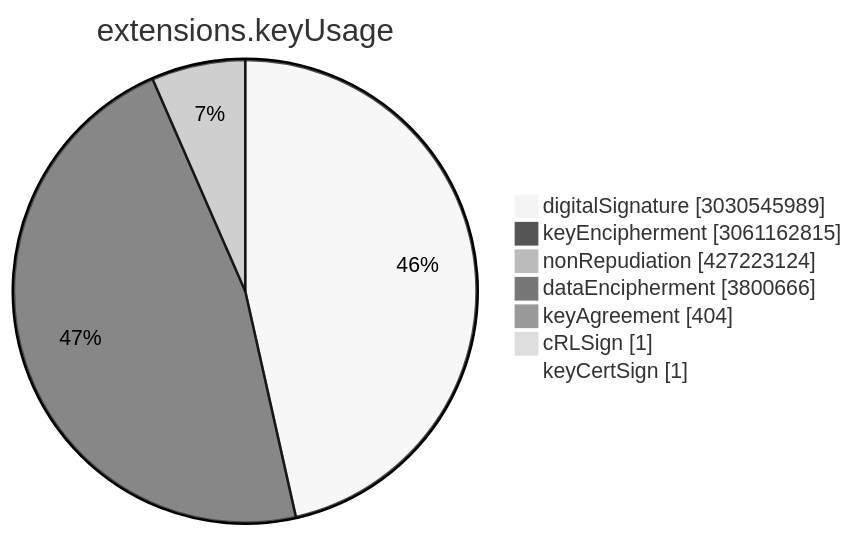
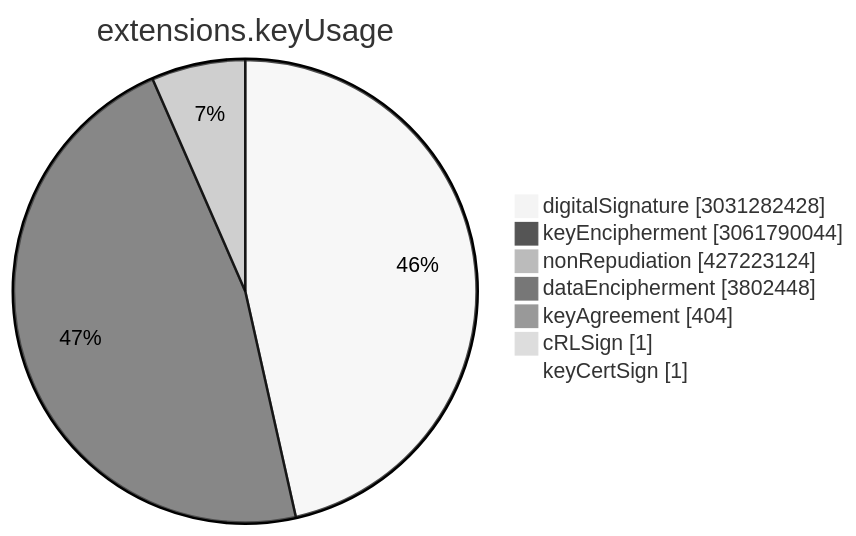
One commit to christiankrug/ctmonitor_visualization changed the sixth of 15 diagrams in TOTAL/README.md. Above: the diagram before and after it, drawn with Mermaid (neutral theme). The commit also changed other lines of this file, not shown here.

````diff
--- a/TOTAL/README.md
+++ b/TOTAL/README.md
@@ -3077,11 +3077,11 @@
 ```mermaid
 pie showData
 title extensions.keyUsage
-"digitalSignature" :3030545989
-"keyEncipherment" :3061162815
+"digitalSignature" :3031282428
+"keyEncipherment" :3061790044
 "nonRepudiation" :427223124
-"dataEncipherment" :3800666
+"dataEncipherment" :3802448
 "keyAgreement" :404
 "cRLSign" :1
 "keyCertSign" :1
 ```
````
